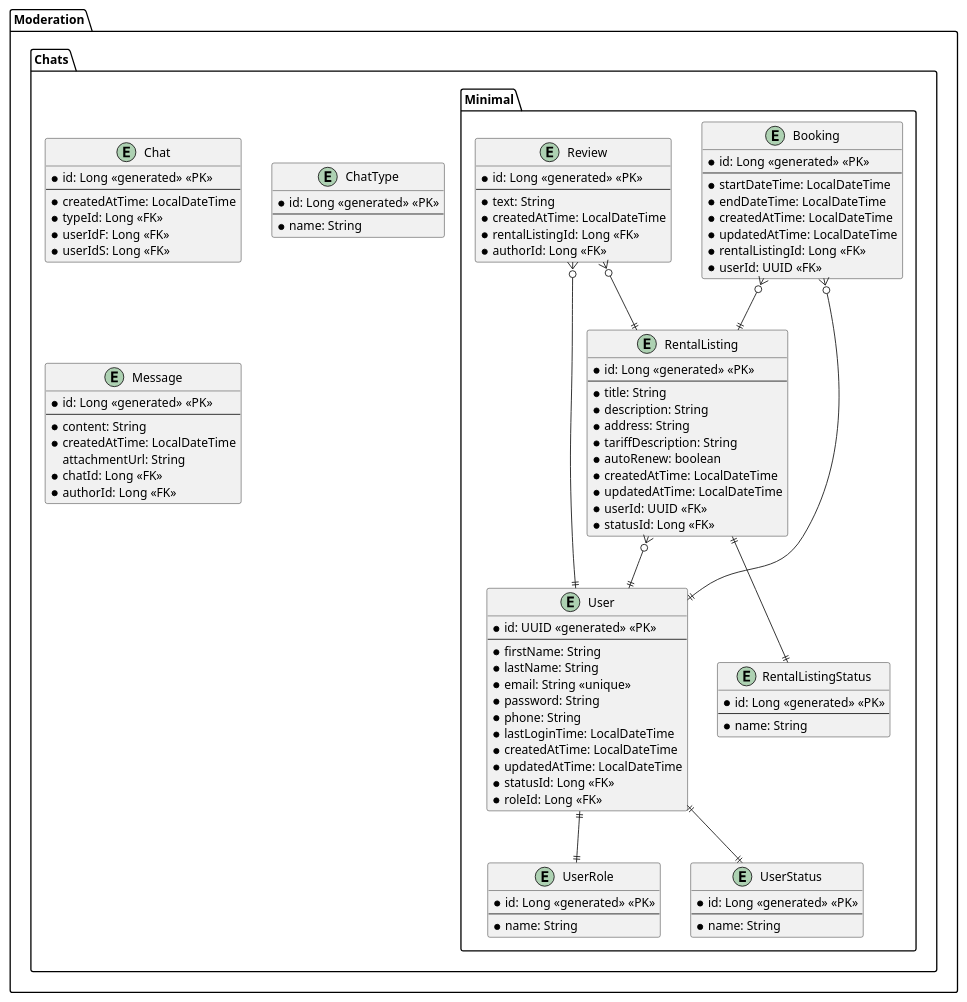
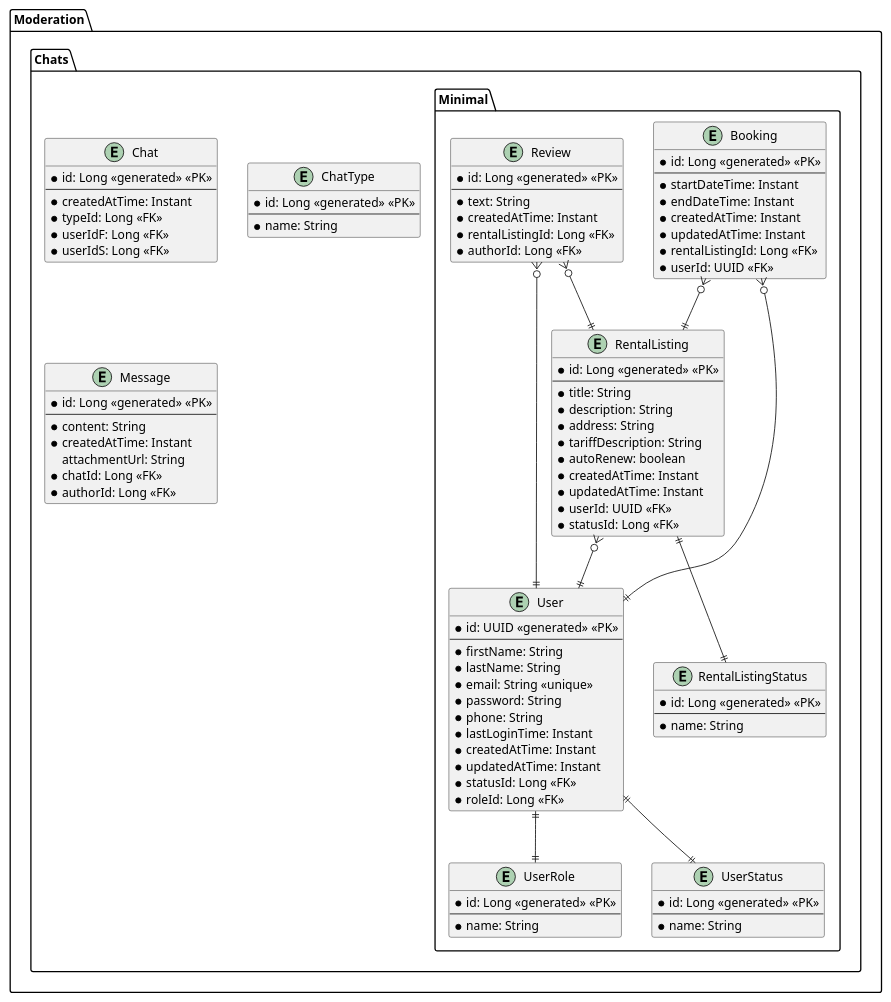
The diagram in misc/database.puml (ruska112x/rentify-diploma), drawn with PlantUML before and after one commit.

Commit message:
fix: change LocalDateTime to Instant, for unified UTC format

```diff
--- a/misc/database.puml
+++ b/misc/database.puml
@@ -1,132 +1,132 @@
 @startuml database
 allow_mixing
 
 scale max 1920 width
 scale max 1080 height
 
 left to right direction
 top to bottom direction
 
 
 package "Moderation" {
   package "Chats" {
     package "Minimal" {
       entity "User" as user {
         * id: UUID <<generated>> <<PK>>
         ---
         * firstName: String
         * lastName: String
         * email: String <<unique>>
         * password: String
         * phone: String
-        * lastLoginTime: LocalDateTime
-        * createdAtTime: LocalDateTime
-        * updatedAtTime: LocalDateTime
+        * lastLoginTime: Instant
+        * createdAtTime: Instant
+        * updatedAtTime: Instant
         * statusId: Long <<FK>>
         * roleId: Long <<FK>>
       }
 
       ' USER, ADMIN, MODERATOR
       entity "UserRole" as userRole {
         * id: Long <<generated>> <<PK>>
         ---
         * name: String
       }
 
       ' ACTIVE, BLOCKED, DELETED
       entity "UserStatus" as userStatus {
         * id: Long <<generated>> <<PK>>
         ---
         * name: String
       }
 
       entity "RentalListing" as rentalListing {
         * id: Long <<generated>> <<PK>>
         ---
         * title: String
         * description: String
         * address: String
         * tariffDescription: String
         * autoRenew: boolean
-        * createdAtTime: LocalDateTime
-        * updatedAtTime: LocalDateTime
+        * createdAtTime: Instant
+        * updatedAtTime: Instant
         * userId: UUID <<FK>>
         * statusId: Long <<FK>>
       }
 
       ' ACTIVE, BLOCKED, ONDELETION, DELETED
       entity "RentalListingStatus" as rentalListingStatus {
         * id: Long <<generated>> <<PK>>
         ---
         * name: String
       }
 
       entity "Booking" as booking {
         * id: Long <<generated>> <<PK>>
         ---
-        * startDateTime: LocalDateTime
-        * endDateTime: LocalDateTime
-        * createdAtTime: LocalDateTime
-        * updatedAtTime: LocalDateTime
+        * startDateTime: Instant
+        * endDateTime: Instant
+        * createdAtTime: Instant
+        * updatedAtTime: Instant
         * rentalListingId: Long <<FK>>
         * userId: UUID <<FK>>
       }
 
       entity "Review" as review {
         * id: Long <<generated>> <<PK>>
         ---
         * text: String
-        * createdAtTime: LocalDateTime
+        * createdAtTime: Instant
         * rentalListingId: Long <<FK>>
         * authorId: Long <<FK>>
       }
 
       user ||--|| userRole
       user ||--|| userStatus
 
       rentalListing }o--|| user
       rentalListing ||--|| rentalListingStatus
 
       booking }o--|| rentalListing
       booking }o--|| user
 
       review }o--|| user
       review }o--|| rentalListing
     }
 
     entity "Chat" as chat {
       * id: Long <<generated>> <<PK>>
       ---
-      * createdAtTime: LocalDateTime
+      * createdAtTime: Instant
       * typeId: Long <<FK>>
       * userIdF: Long <<FK>>
       * userIdS: Long <<FK>>
     }
 
     entity "ChatType" as chatType {
       * id: Long <<generated>> <<PK>>
       ---
       * name: String
     }
 
     entity "Message" as message {
       * id: Long <<generated>> <<PK>>
       ---
       * content: String
-      * createdAtTime: LocalDateTime
+      * createdAtTime: Instant
       attachmentUrl: String
       * chatId: Long <<FK>>
       * authorId: Long <<FK>>
     }
 
     ' chat }o--|| user
     ' chat }o--|| user
     ' chat ||--|| chatType
 
     ' message }o--|| chat
     ' message }o--|| user
   }
 }
 
 
 @enduml
```
